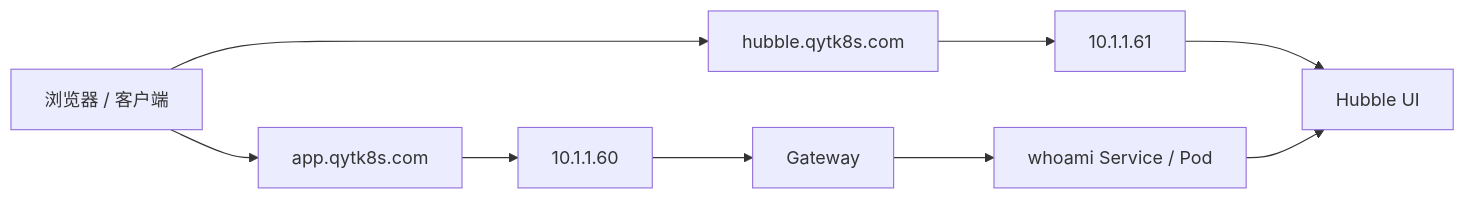
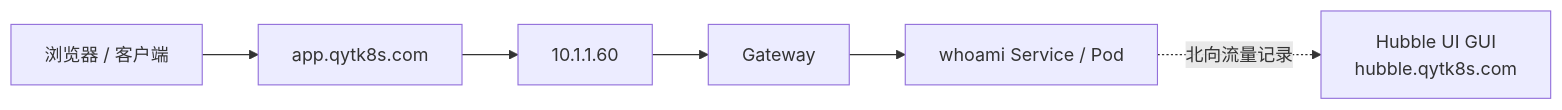
The first of 2 diagrams in k8s/03-north-south-traffic/docs/07_publish_hubble_ui.md (hwang-protocol/docker_k8s_2026), drawn with Mermaid before and after one commit. The commit also changed other lines of this file, not shown here.

````diff
--- a/k8s/03-north-south-traffic/docs/07_publish_hubble_ui.md
+++ b/k8s/03-north-south-traffic/docs/07_publish_hubble_ui.md
@@ -48,20 +30,15 @@
 ```mermaid
 flowchart LR
-  user[浏览器 / 客户端]
-  app[app.qytk8s.com]
-  appvip[10.1.1.60]
-  gateway[Gateway]
-  backend[whoami Service / Pod]
-  hubbleui[hubble.qytk8s.com]
-  hubblevip[10.1.1.61]
-  observe[Hubble UI]
+  user["浏览器 / 客户端"]
+  app["app.qytk8s.com"]
+  appvip["10.1.1.60"]
+  gateway["Gateway"]
+  backend["whoami Service / Pod"]
+  hubble["Hubble UI GUI<br/>hubble.qytk8s.com"]
 
   user --> app
   app --> appvip
   appvip --> gateway
   gateway --> backend
-  user --> hubbleui
-  hubbleui --> hubblevip
-  hubblevip --> observe
-  backend --> observe
+  backend -.北向流量记录.-> hubble
 ```
````
